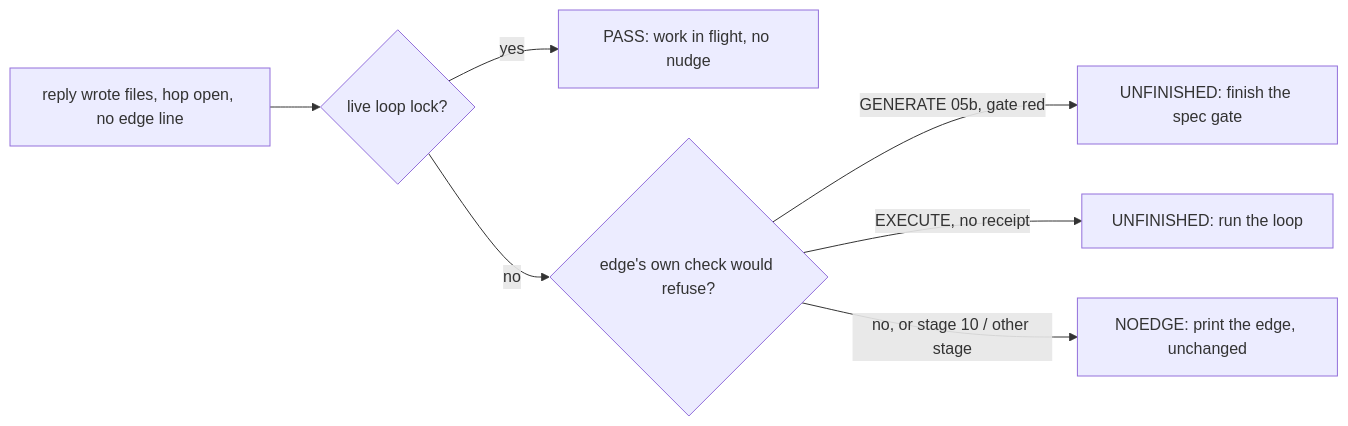
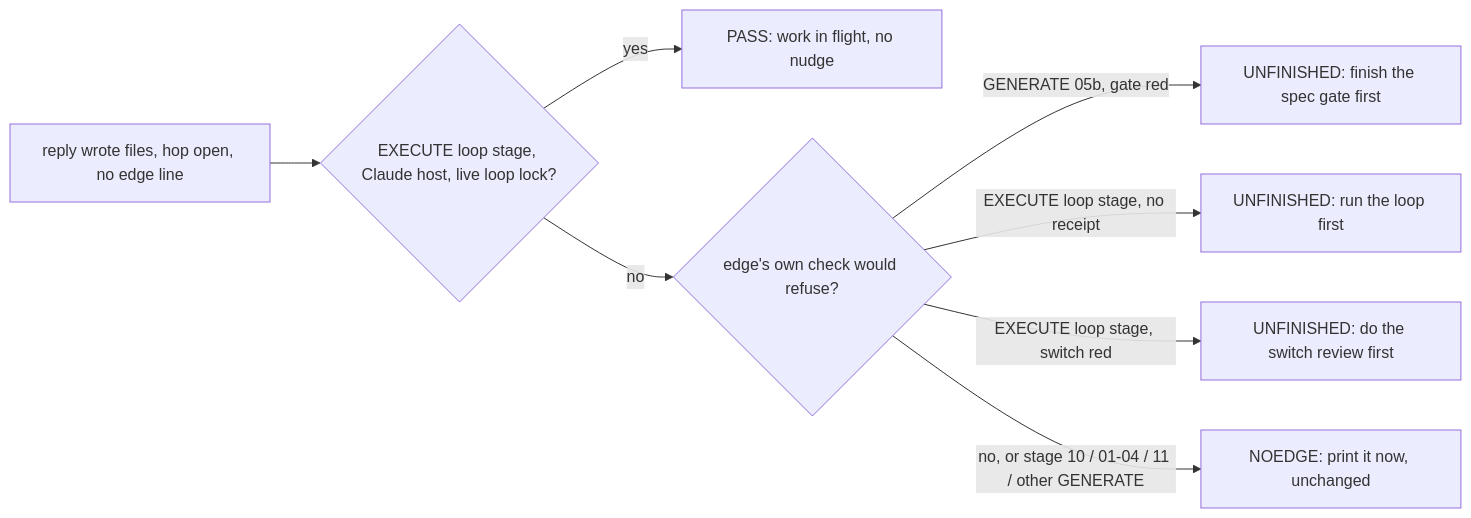
Before and after one commit to kadaluarsa/barbaric-driven-development: the second of 2 diagrams in docs/cascade/05b-t108-work-in-flight.md, drawn with Mermaid. The commit also changed other lines of this file and 5 other files, not shown here.

````diff
--- a/docs/cascade/05b-t108-work-in-flight.md
+++ b/docs/cascade/05b-t108-work-in-flight.md
@@ -56,9 +65,10 @@
 ```mermaid
 flowchart LR
-  R[reply wrote files, hop open, no edge line] --> L{live loop lock?}
+  R[reply wrote files, hop open, no edge line] --> L{EXECUTE loop stage, Claude host, live loop lock?}
   L -- yes --> P[PASS: work in flight, no nudge]
   L -- no --> U{edge's own check would refuse?}
-  U -- GENERATE 05b, gate red --> A[UNFINISHED: finish the spec gate]
-  U -- EXECUTE, no receipt --> B[UNFINISHED: run the loop]
-  U -- no, or stage 10 / other stage --> N[NOEDGE: print the edge, unchanged]
+  U -- GENERATE 05b, gate red --> A[UNFINISHED: finish the spec gate first]
+  U -- EXECUTE loop stage, no receipt --> B[UNFINISHED: run the loop first]
+  U -- EXECUTE loop stage, switch red --> C[UNFINISHED: do the switch review first]
+  U -- no, or stage 10 / 01-04 / 11 / other GENERATE --> N[NOEDGE: print it now, unchanged]
 ```
````
